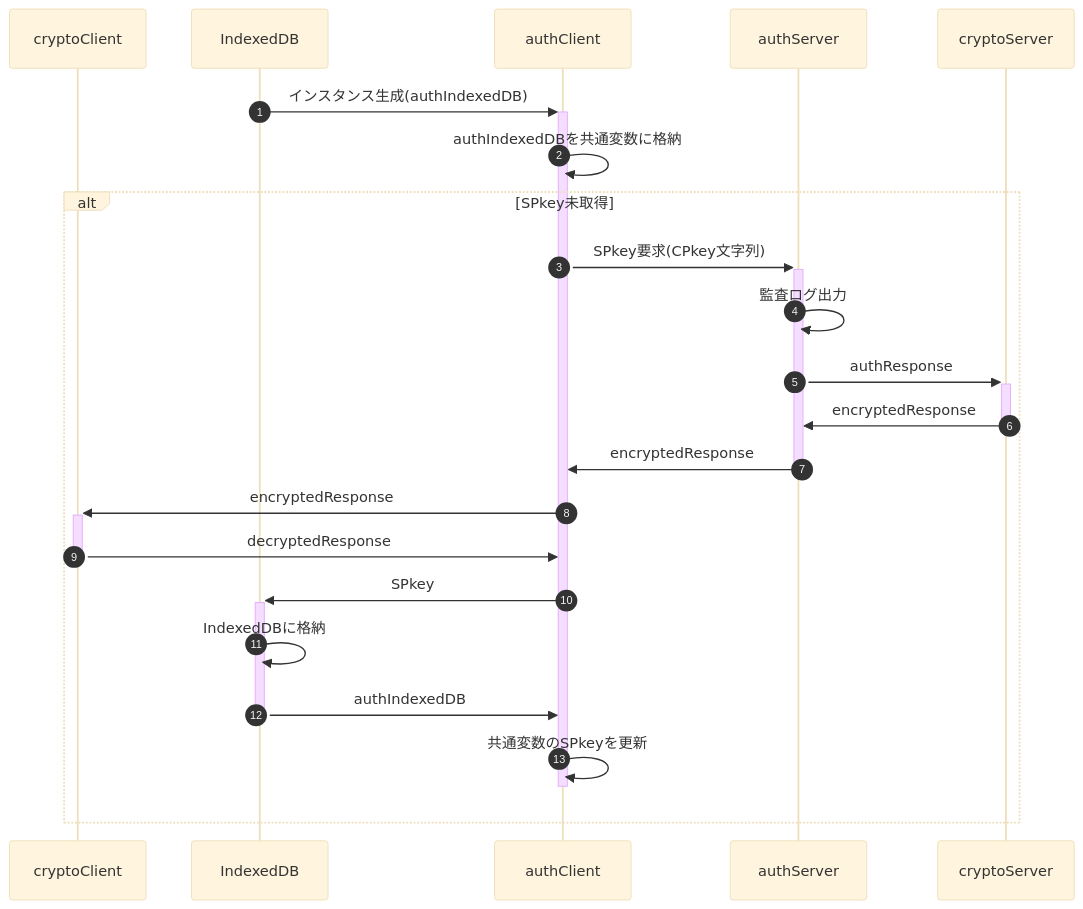
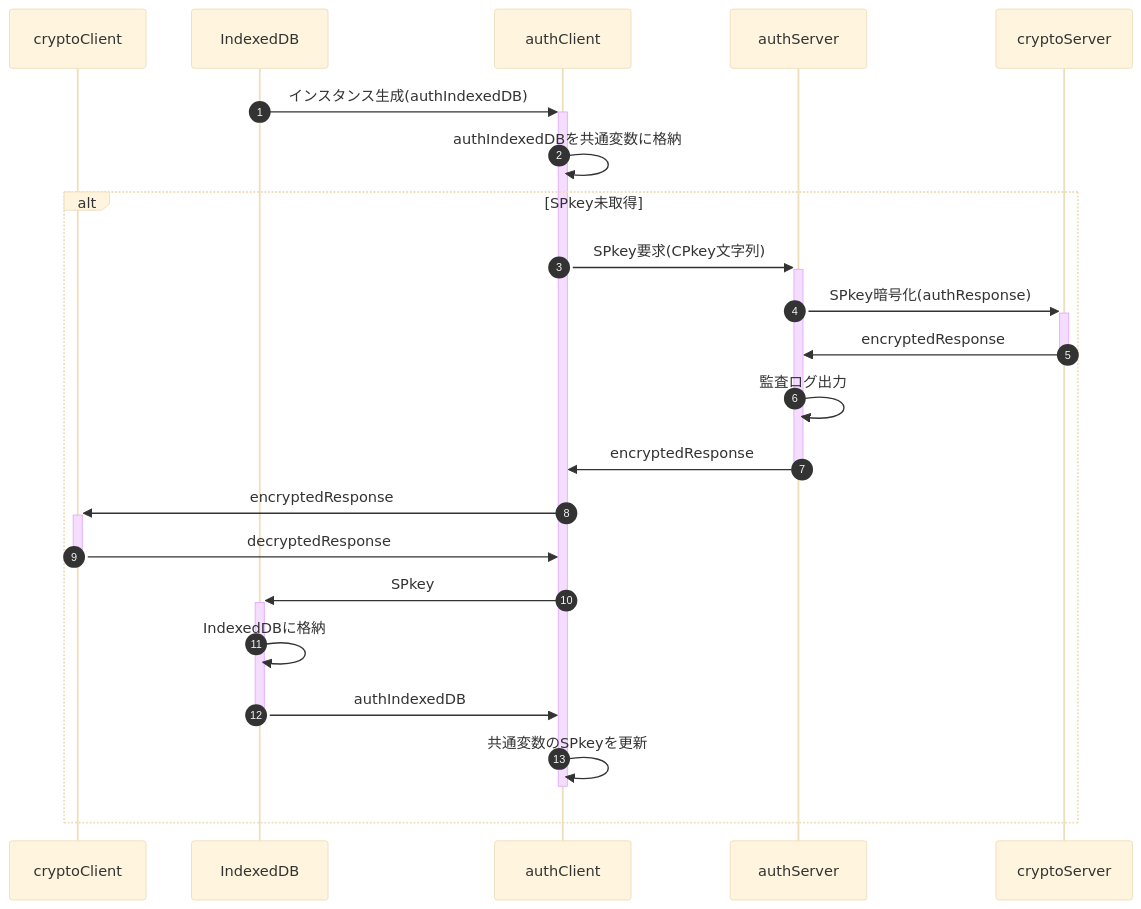
The first of 5 diagrams in underDev/Auth/doc/internalProcessing.md (nakaone/library), drawn with Mermaid (base theme) before and after one commit. The commit also changed other lines of this file and 18 other files, not shown here.

````diff
--- a/underDev/Auth/doc/internalProcessing.md
+++ b/underDev/Auth/doc/internalProcessing.md
@@ -13,32 +13,32 @@
 ```mermaid
 sequenceDiagram
   autonumber
   %%actor user
   %%participant localFunc
   %%participant clientMail
   participant cryptoClient
   participant IndexedDB
   participant authClient
   participant authServer
   %%participant Member
   participant cryptoServer
   %%participant serverFunc
   %%actor admin
 
   IndexedDB->>+authClient: インスタンス生成(authIndexedDB)
   authClient->>authClient: authIndexedDBを共通変数に格納
 
   alt SPkey未取得
     authClient->>+authServer: SPkey要求(CPkey文字列)
+    authServer->>+cryptoServer: SPkey暗号化(authResponse)
+    cryptoServer->>-authServer: encryptedResponse
     authServer->>authServer: 監査ログ出力
-    authServer->>+cryptoServer: authResponse
-    cryptoServer->>-authServer: encryptedResponse
     authServer->>-authClient: encryptedResponse
     authClient->>+cryptoClient: encryptedResponse
     cryptoClient->>-authClient: decryptedResponse
     authClient->>+IndexedDB: SPkey
     IndexedDB->>IndexedDB: IndexedDBに格納
     IndexedDB->>-authClient: authIndexedDB
     authClient->>-authClient: 共通変数のSPkeyを更新
   end
 ```
````
